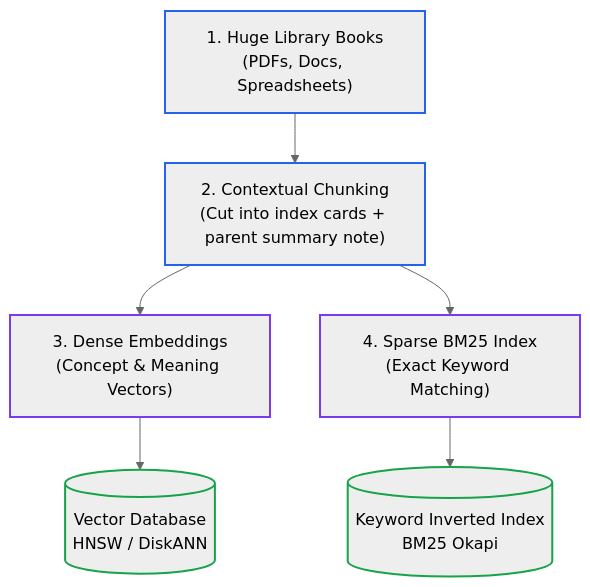
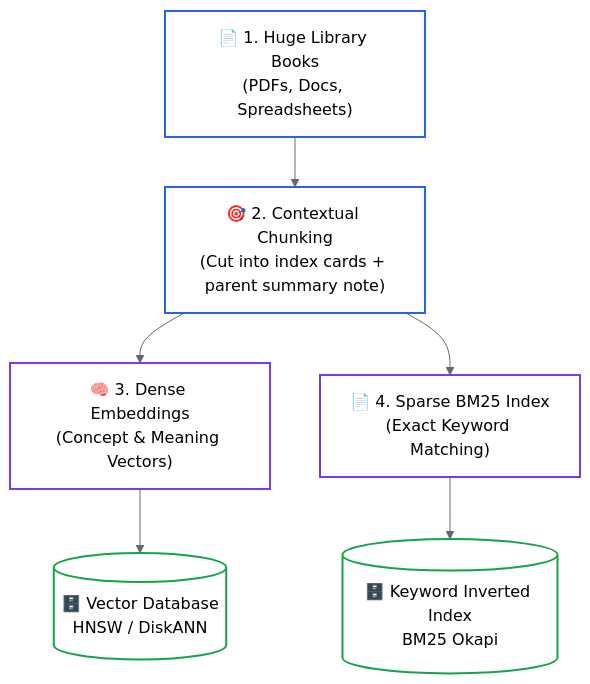
The first of 2 diagrams in 02-rag-and-knowledge-systems/README.md (dip4k/senior-engineer-to-ai-engineer-roadmap), drawn with Mermaid (neutral theme) before and after one commit. The commit also changed other lines of this file and 39 other files, not shown here.

First line of the commit message:
feat(curriculum): upgrade mermaid diagrams with unicode icons & codify anti-bloat layout rules

````diff
--- a/02-rag-and-knowledge-systems/README.md
+++ b/02-rag-and-knowledge-systems/README.md
@@ -27,15 +27,15 @@
 ```mermaid
 flowchart TD
-    D["1. Huge Library Books<br>(PDFs, Docs, Spreadsheets)"] --> CC["2. Contextual Chunking<br>(Cut into index cards + parent summary note)"]
-    CC --> E1["3. Dense Embeddings<br>(Concept & Meaning Vectors)"]
-    CC --> E2["4. Sparse BM25 Index<br>(Exact Keyword Matching)"]
-    E1 --> VDB[("Vector Database<br>HNSW / DiskANN")]
-    E2 --> KDB[("Keyword Inverted Index<br>BM25 Okapi")]
+    D["📄 1. Huge Library Books<br>(PDFs, Docs, Spreadsheets)"] --> CC["🎯 2. Contextual Chunking<br>(Cut into index cards + parent summary note)"]
+    CC --> E1["🧠 3. Dense Embeddings<br>(Concept & Meaning Vectors)"]
+    CC --> E2["📄 4. Sparse BM25 Index<br>(Exact Keyword Matching)"]
+    E1 --> VDB[("🗄️ Vector Database<br>HNSW / DiskANN")]
+    E2 --> KDB[("🗄️ Keyword Inverted Index<br>BM25 Okapi")]
 
-    style D stroke:#2563eb,stroke-width:2px
-    style CC stroke:#2563eb,stroke-width:2px
-    style E1 stroke:#7c3aed,stroke-width:2px
-    style E2 stroke:#7c3aed,stroke-width:2px
-    style VDB stroke:#16a34a,stroke-width:2px
-    style KDB stroke:#16a34a,stroke-width:2px
+    style D stroke:#2563eb,stroke-width:2px,fill:none
+    style CC stroke:#2563eb,stroke-width:2px,fill:none
+    style E1 stroke:#7c3aed,stroke-width:2px,fill:none
+    style E2 stroke:#7c3aed,stroke-width:2px,fill:none
+    style VDB stroke:#16a34a,stroke-width:2px,fill:none
+    style KDB stroke:#16a34a,stroke-width:2px,fill:none
 ```
````
